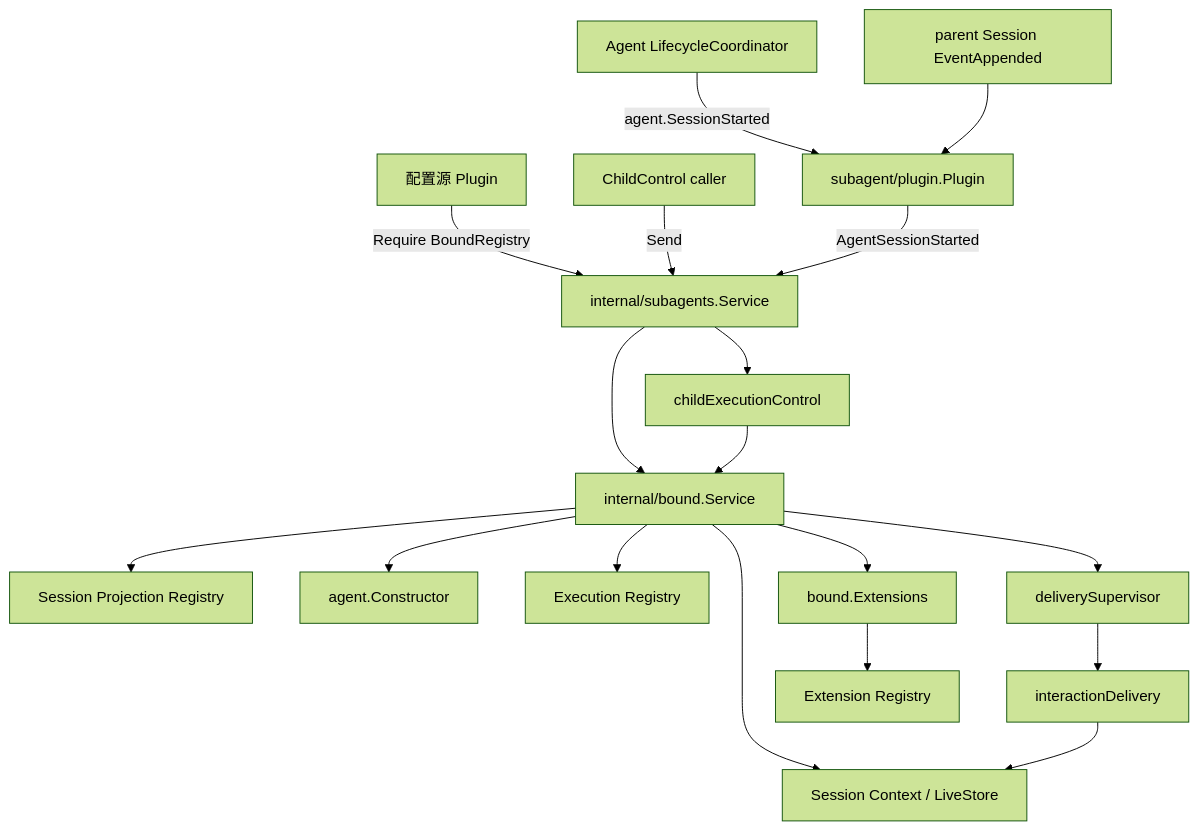
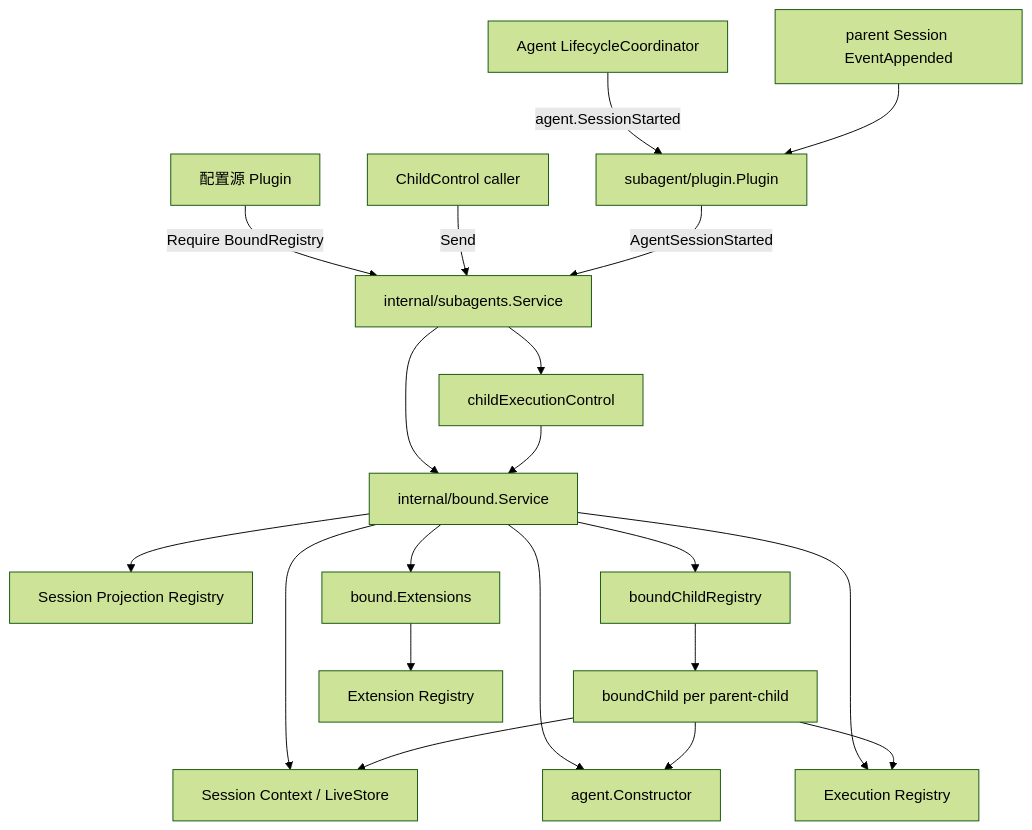
The first of 4 diagrams in subagent/docs/parent-bound-design.zh-CN.md (gorenx/goren), drawn with Mermaid (forest theme) before and after one commit. The commit also changed other lines of this file and 4 other files, not shown here.

Commit message:
docs(subagent): describe bound child ownership

````diff
--- a/subagent/docs/parent-bound-design.zh-CN.md
+++ b/subagent/docs/parent-bound-design.zh-CN.md
@@ -27,20 +28,22 @@
 ```mermaid
 flowchart TD
     Source[配置源 Plugin] -->|Require BoundRegistry| Facade[internal/subagents.Service]
     Lifecycle[Agent LifecycleCoordinator] -->|agent.SessionStarted| Observer[subagent/plugin.Plugin]
     SessionEvent[parent Session EventAppended] --> Observer
     Client[ChildControl caller] -->|Send| Facade
     Observer -->|AgentSessionStarted| Facade
     Facade --> Bound[internal/bound.Service]
     Facade --> Router[childExecutionControl]
     Router --> Bound
     Bound --> Session[Session Context / LiveStore]
     Bound --> Projection[Session Projection Registry]
     Bound --> Constructor[agent.Constructor]
     Bound --> Execution[Execution Registry]
     Bound --> ExtPort[bound.Extensions]
-    Bound --> Supervisor[deliverySupervisor]
-    Supervisor --> Delivery[interactionDelivery]
-    Delivery --> Session
+    Bound --> Registry[boundChildRegistry]
+    Registry --> Child[boundChild per parent-child]
+    Child --> Session
+    Child --> Constructor
+    Child --> Execution
     ExtPort --> ExtRegistry[Extension Registry]
 ```
````
